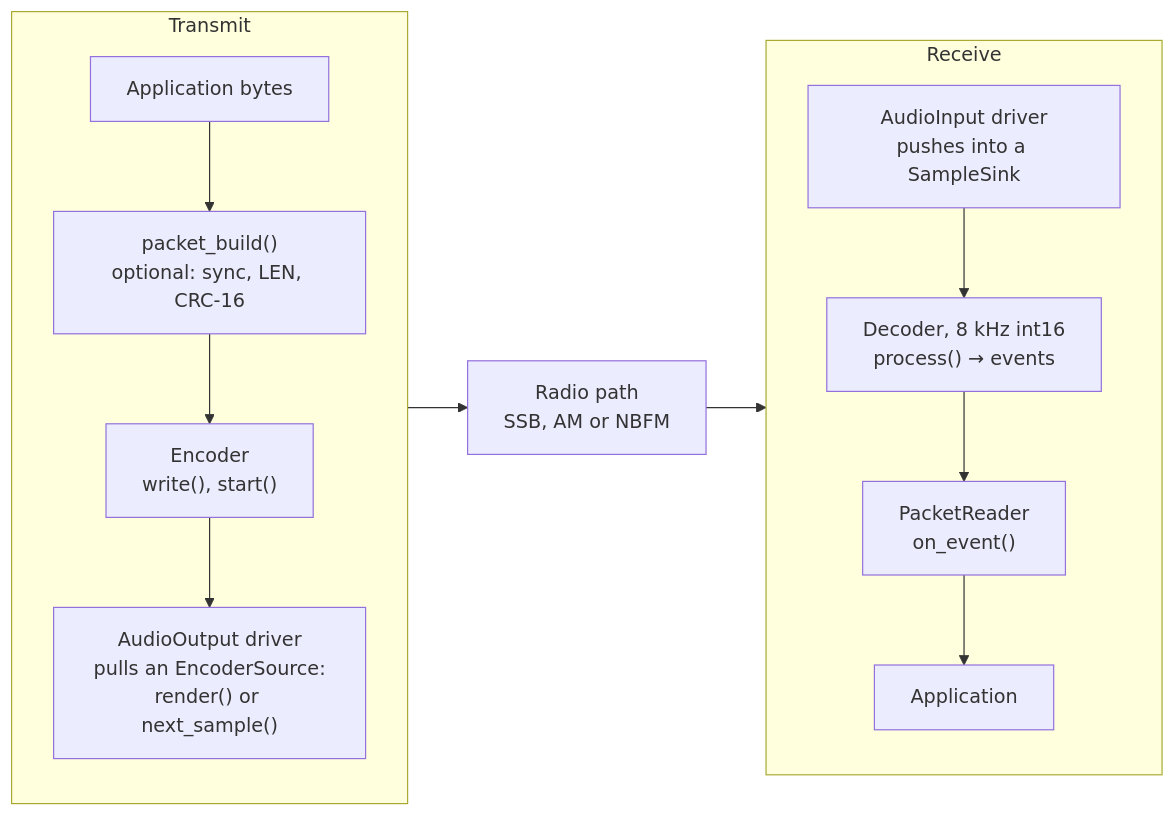
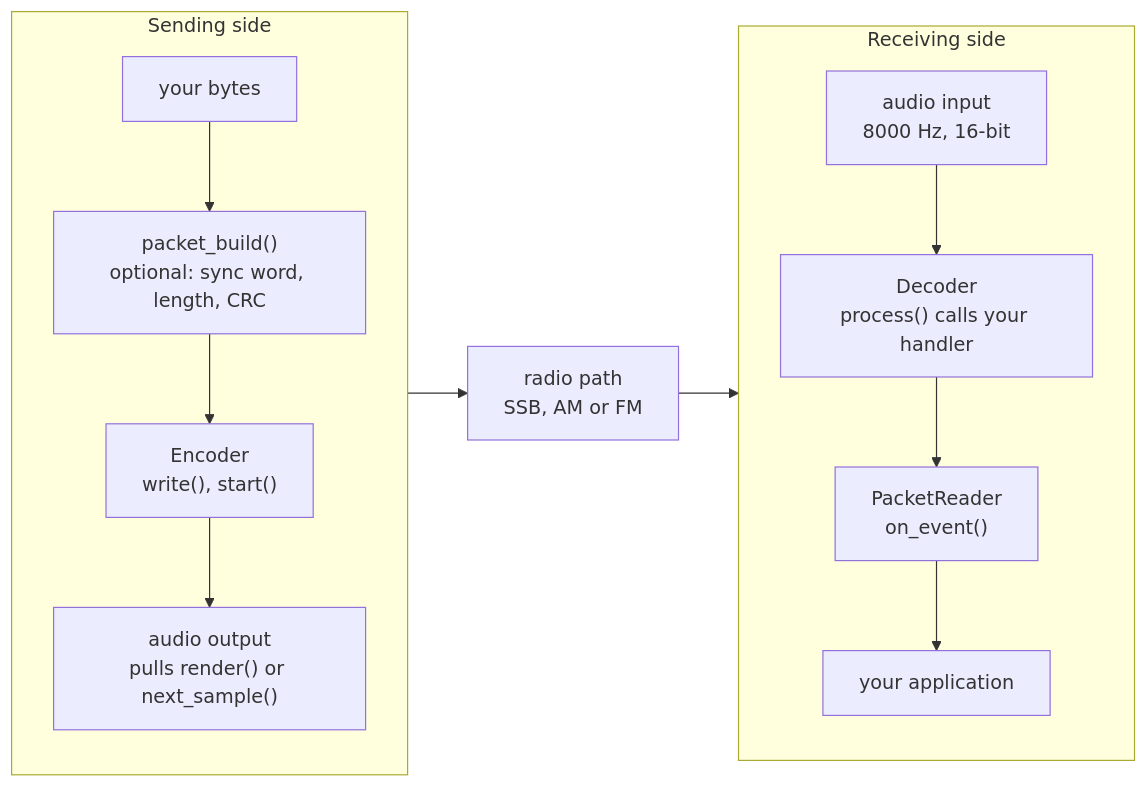
The third of 4 diagrams in README.md (solariun/unlimited), drawn with Mermaid before and after one commit. The commit also changed other lines of this file and 58 other files, not shown here.

````diff
--- a/README.md
+++ b/README.md
@@ -1055,18 +1388,18 @@
 ```mermaid
 flowchart LR
-    subgraph TX["Transmit"]
+    subgraph TX["Sending side"]
         direction TB
-        A1["Application bytes"] --> P1["packet_build()<br/>optional: sync, LEN, CRC-16"]
+        A1["your bytes"] --> P1["packet_build()<br/>optional: sync word, length, CRC"]
         P1 --> E1["Encoder<br/>write(), start()"]
-        E1 --> O1["AudioOutput driver<br/>pulls an EncoderSource:<br/>render() or next_sample()"]
+        E1 --> O1["audio output<br/>pulls render() or next_sample()"]
     end
-    R1["Radio path<br/>SSB, AM or NBFM"]
-    subgraph RX["Receive"]
+    R1["radio path<br/>SSB, AM or FM"]
+    subgraph RX["Receiving side"]
         direction TB
-        I2["AudioInput driver<br/>pushes into a SampleSink"] --> D2["Decoder, 8 kHz int16<br/>process() → events"]
+        I2["audio input<br/>8000 Hz, 16-bit"] --> D2["Decoder<br/>process() calls your handler"]
         D2 --> P2["PacketReader<br/>on_event()"]
-        P2 --> A2["Application"]
+        P2 --> A2["your application"]
     end
-    TX --> R1
-    R1 --> RX
+    O1 --> R1
+    R1 --> I2
 ```
````
